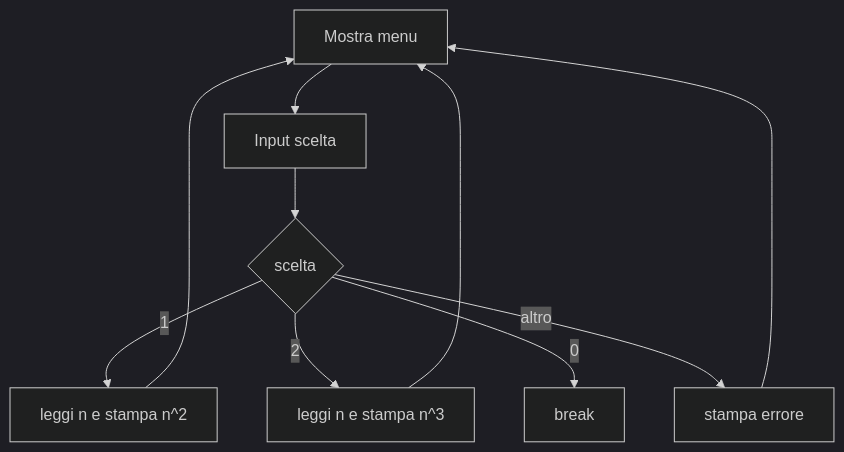
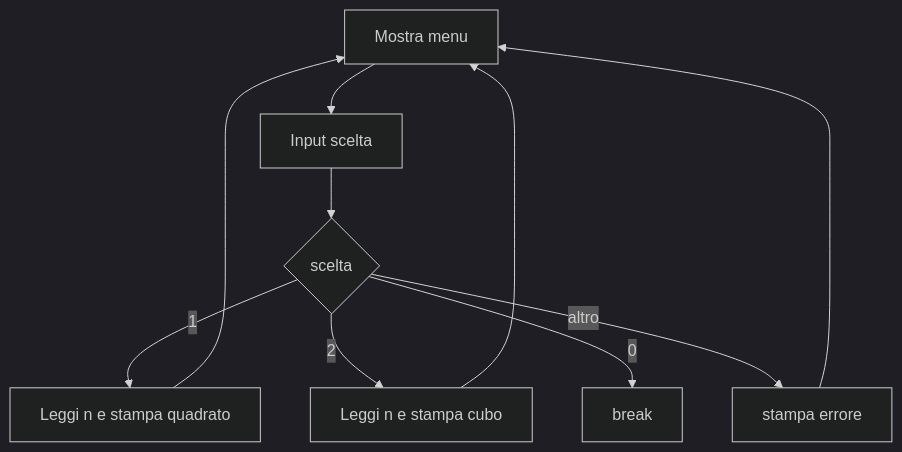
One commit to lucadagati/Lab_Fondamenti_di_Informatica_25_26 changed diagram 18 of 20 in 04-python-jupyter-analisi-biomedica/README.md. Above: the diagram before and after it, drawn with Mermaid (dark theme). The commit also changed other lines of this file, not shown here.

First line of the commit message:
Fix Mermaid labels for GitHub parser compatibility

````diff
--- a/04-python-jupyter-analisi-biomedica/README.md
+++ b/04-python-jupyter-analisi-biomedica/README.md
@@ -261,12 +261,12 @@
 ```mermaid
 flowchart TD
     A[Mostra menu] --> B[Input scelta]
     B --> C{scelta}
-    C -->|1| D[leggi n e stampa n^2]
-    C -->|2| E[leggi n e stampa n^3]
+    C -->|1| D[Leggi n e stampa quadrato]
+    C -->|2| E[Leggi n e stampa cubo]
     C -->|0| F[break]
     C -->|altro| G[stampa errore]
     D --> A
     E --> A
     G --> A
 ```
````
